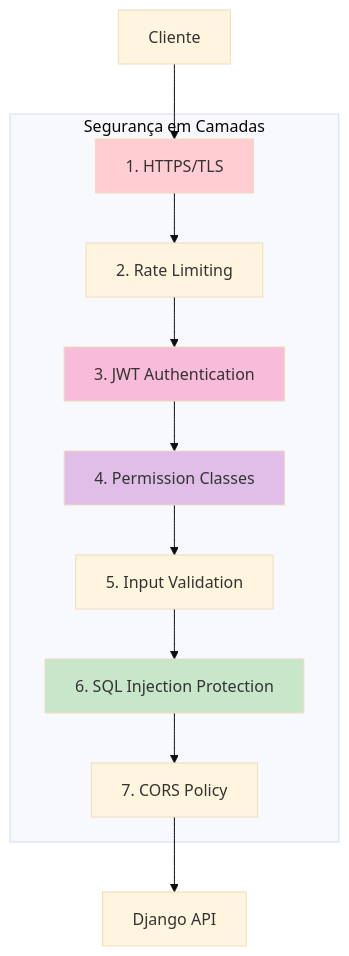
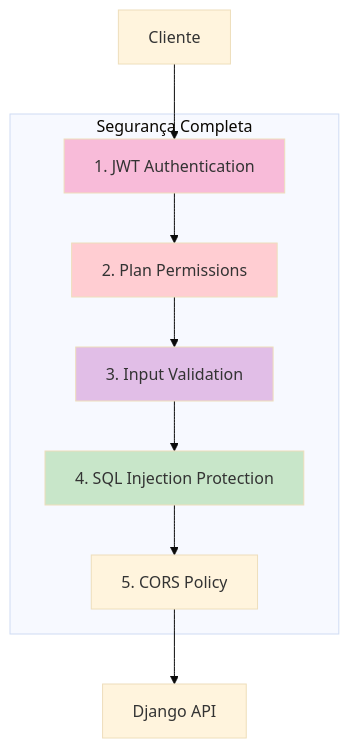
Before and after one commit to vinicius00franco/doc-es3-gestao-empresas-financeiro: the seventh of 8 diagrams in docs/architecture-diagrams.md, drawn with Mermaid (base theme). The commit also changed other lines of this file and 3 other files, not shown here.

First line of the commit message:
Refactor frontend documentation and improve architecture overview

````diff
--- a/docs/architecture-diagrams.md
+++ b/docs/architecture-diagrams.md
@@ -244,26 +214,22 @@
 ```mermaid
 graph TD
-    subgraph "Segurança em Camadas"
-        L1[1. HTTPS/TLS]
-        L2[2. Rate Limiting]
-        L3[3. JWT Authentication]
-        L4[4. Permission Classes]
-        L5[5. Input Validation]
-        L6[6. SQL Injection Protection]
-        L7[7. CORS Policy]
+    subgraph "Segurança Completa"
+        L1[1. JWT Authentication]
+        L2[2. Plan Permissions]
+        L3[3. Input Validation]
+        L4[4. SQL Injection Protection]
+        L5[5. CORS Policy]
     end
 
     CLIENT[Cliente] --> L1
     L1 --> L2
     L2 --> L3
     L3 --> L4
     L4 --> L5
-    L5 --> L6
-    L6 --> L7
-    L7 --> API[Django API]
+    L5 --> API[Django API]
 
-    style L1 fill:#ffcdd2
-    style L3 fill:#f8bbd9
-    style L4 fill:#e1bee7
-    style L6 fill:#c8e6c9
+    style L1 fill:#f8bbd9
+    style L2 fill:#ffcdd2
+    style L3 fill:#e1bee7
+    style L4 fill:#c8e6c9
 ```
````
